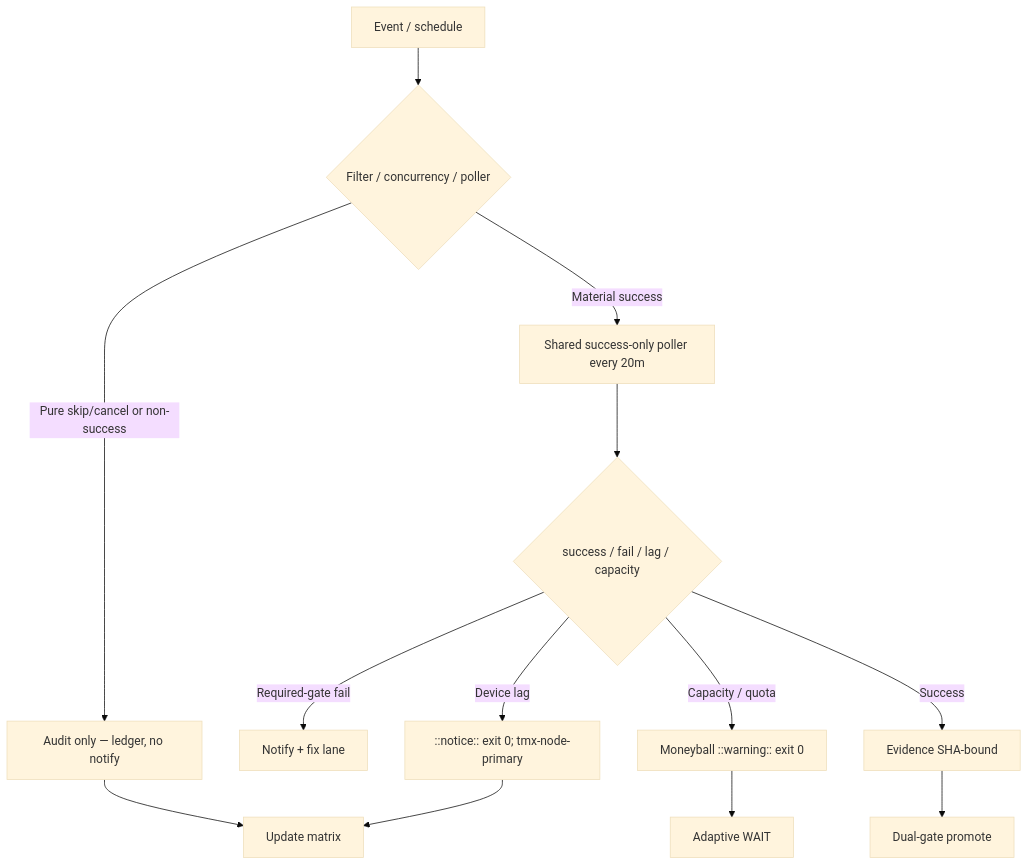
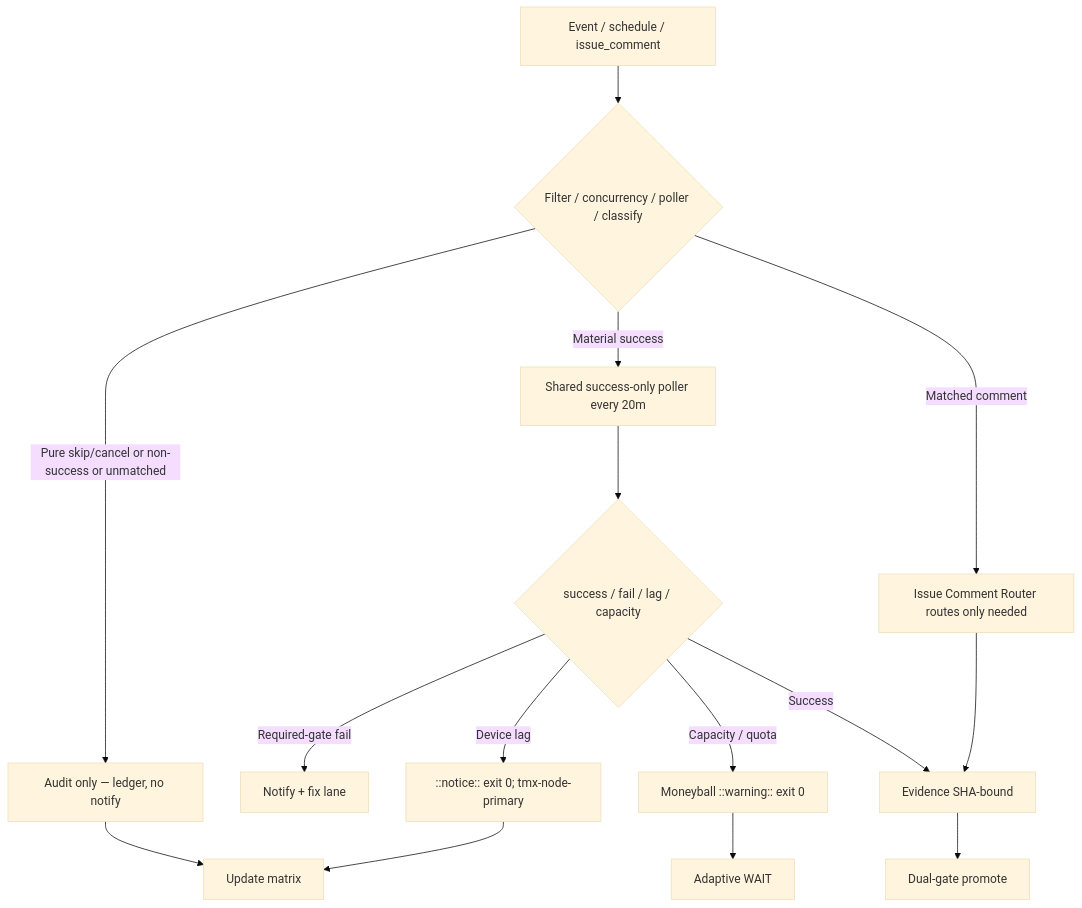
Before and after one commit to timerloggedout-spec/termux-monorepo: the diagram in docs/ops/ACTIONS-CONSOLIDATED-MATRIX-2026-10-25.md, drawn with Mermaid (base theme). The commit also changed other lines of this file, not shown here.

First line of the commit message:
ops(matrix): live refresh 2026-10-26T04:15Z tip 7bdabc5a — residual skip/cancel audit (issue_comment + workflow_run volume), poller expansion, Pinggy device#1 operational, cadence/cache/3L0 refined, zero dual-gate failures

````diff
--- a/docs/ops/ACTIONS-CONSOLIDATED-MATRIX-2026-10-25.md
+++ b/docs/ops/ACTIONS-CONSOLIDATED-MATRIX-2026-10-25.md
@@ -34,15 +35,17 @@
 ```mermaid
 flowchart TD
-  Event[Event / schedule] --> Router{Filter / concurrency / poller}
-  Router -->|Pure skip/cancel or non-success| Audit[Audit only — ledger, no notify]
+  Event[Event / schedule / issue_comment] --> Router{Filter / concurrency / poller / classify}
+  Router -->|Pure skip/cancel or non-success or unmatched| Audit[Audit only — ledger, no notify]
   Router -->|Material success| Poller[Shared success-only poller every 20m]
+  Router -->|Matched comment| Modular[Issue Comment Router routes only needed]
   Poller --> Classify{success / fail / lag / capacity}
   Classify -->|Required-gate fail| Alert[Notify + fix lane]
   Classify -->|Device lag| Notice[::notice:: exit 0; tmx-node-primary]
   Classify -->|Capacity / quota| Defer[Moneyball ::warning:: exit 0]
   Classify -->|Success| Receipt[Evidence SHA-bound]
   Notice --> Matrix[Update matrix]
   Defer --> Wait[Adaptive WAIT]
   Receipt --> Promote[Dual-gate promote]
   Audit --> Matrix
+  Modular --> Receipt
 ```
````
